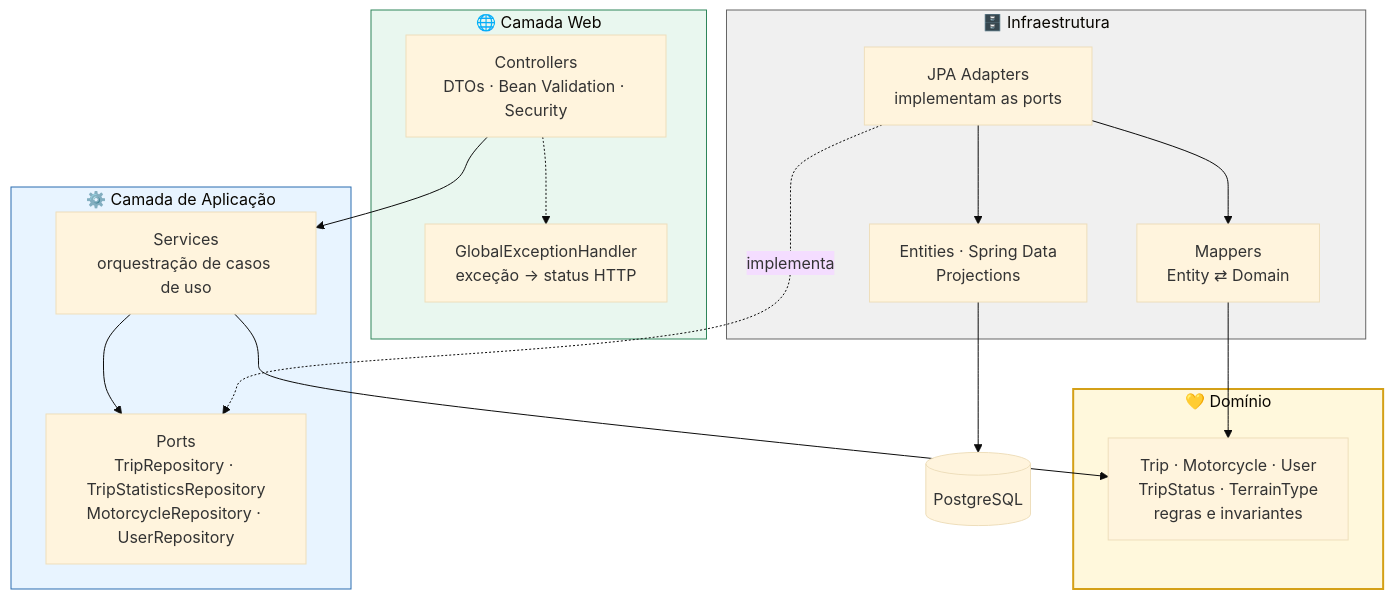
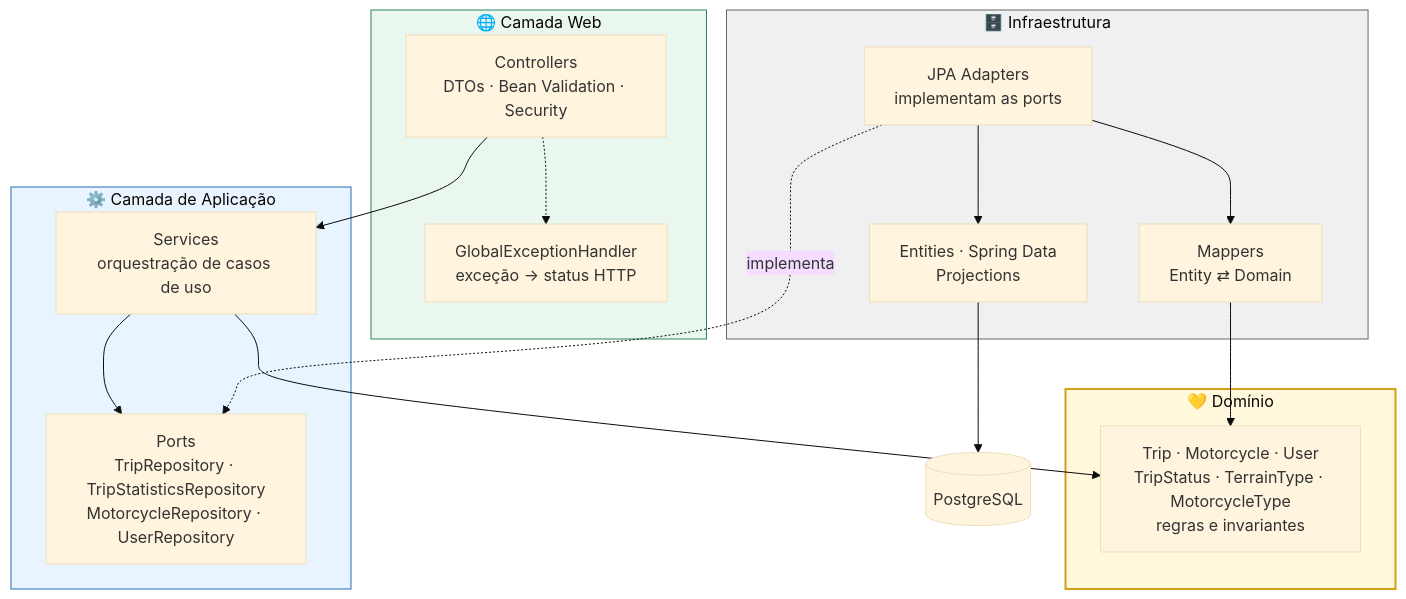
One commit to marcosguisleri/mototrack-api changed the first of 2 diagrams in README.md. Above: the diagram before and after it, drawn with Mermaid (base theme). The commit also changed other lines of this file and 1 other file, not shown here.

First line of the commit message:
docs: document motorcycle type in the API

````diff
--- a/README.md
+++ b/README.md
@@ -61,39 +61,39 @@
 ```mermaid
 flowchart TD
     subgraph WEB["🌐 Camada Web"]
         C["Controllers<br/>DTOs · Bean Validation · Security"]
         GEH["GlobalExceptionHandler<br/>exceção → status HTTP"]
     end
 
     subgraph APP["⚙️ Camada de Aplicação"]
         S["Services<br/>orquestração de casos de uso"]
         P["Ports<br/>TripRepository · TripStatisticsRepository<br/>MotorcycleRepository · UserRepository"]
     end
 
     subgraph DOM["💛 Domínio"]
-        M["Trip · Motorcycle · User<br/>TripStatus · TerrainType<br/>regras e invariantes"]
+        M["Trip · Motorcycle · User<br/>TripStatus · TerrainType · MotorcycleType<br/>regras e invariantes"]
     end
 
     subgraph INFRA["🗄️ Infraestrutura"]
         A["JPA Adapters<br/>implementam as ports"]
         MAP["Mappers<br/>Entity ⇄ Domain"]
         E["Entities · Spring Data<br/>Projections"]
     end
 
     DB[("PostgreSQL")]
 
     C --> S
     C -.-> GEH
     S --> M
     S --> P
     A -.implementa.-> P
     A --> MAP
     MAP --> M
     A --> E
     E --> DB
 
     style DOM fill:#fff8dc,stroke:#d4a017,stroke-width:2px
     style APP fill:#e8f4ff,stroke:#2b6cb0
     style INFRA fill:#f0f0f0,stroke:#666
     style WEB fill:#e9f7ef,stroke:#2f855a
 ```
````
